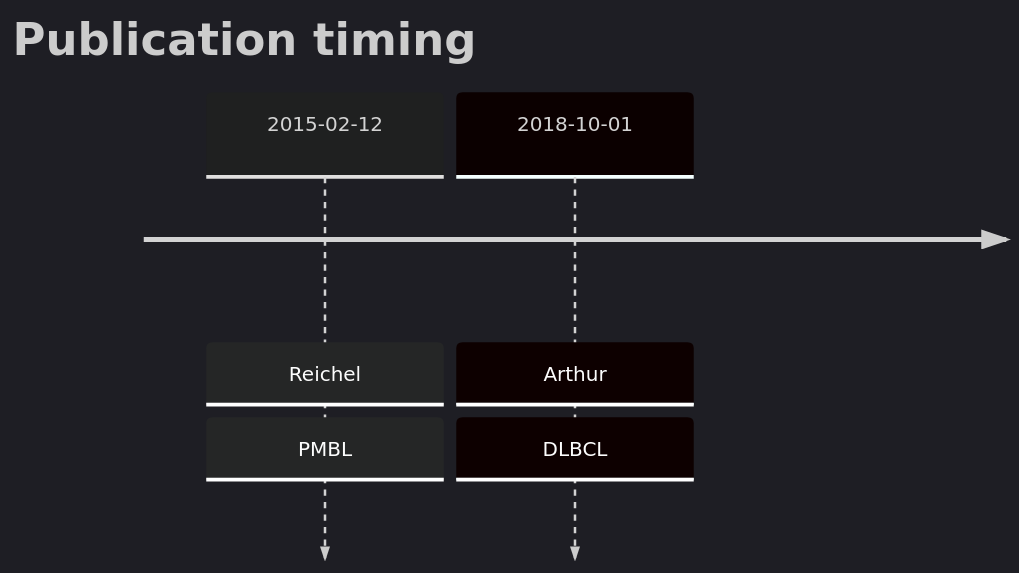
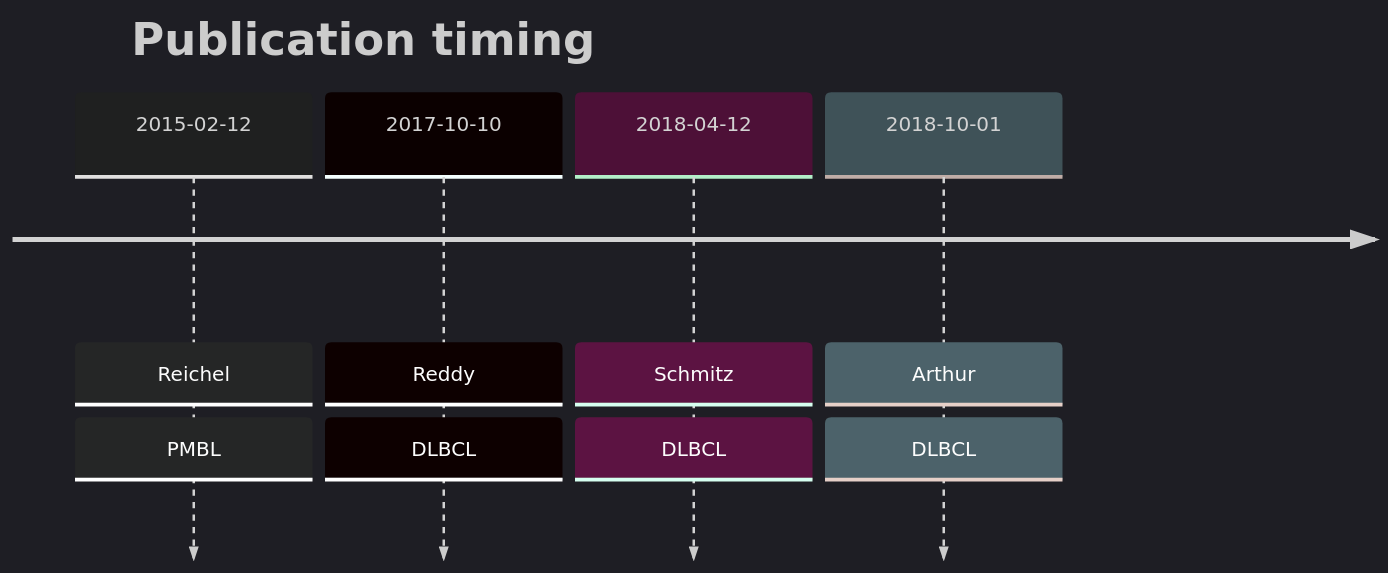
One commit to morinlab/lymphopedia changed the diagram in PIM2.md. Above: the diagram before and after it, drawn with Mermaid. The commit also changed other lines of this file, not shown here.

Commit message:
update tables

````diff
--- a/PIM2.md
+++ b/PIM2.md
@@ -13,7 +13,10 @@
 ```mermaid
 %%{init: { 'logLevel': 'debug', 'theme': 'dark' } }%%
 timeline
     title Publication timing
       2015-02-12 : Reichel : PMBL
-      2018-10-01 : Arthur : DLBCL
+      2017-10-10 : Reddy : DLBCL
+2018-04-12 : Schmitz : DLBCL
+2018-10-01 : Arthur : DLBCL
+     
 ```
````
